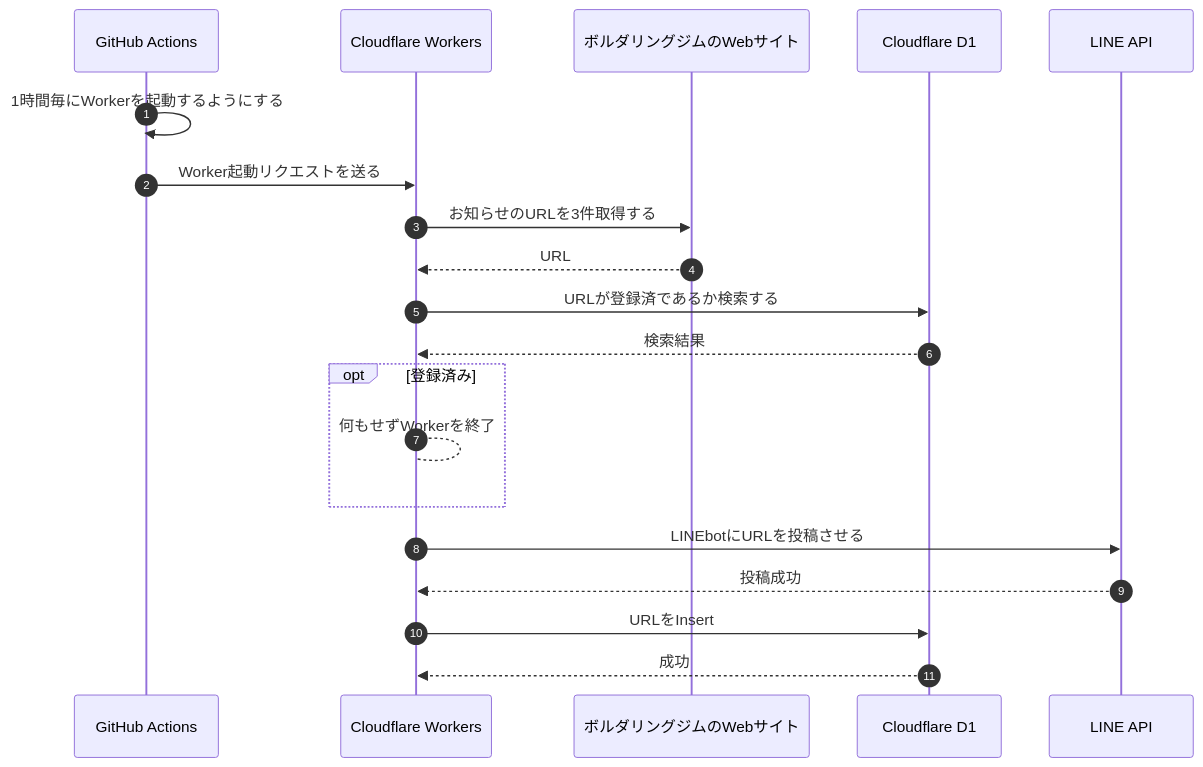
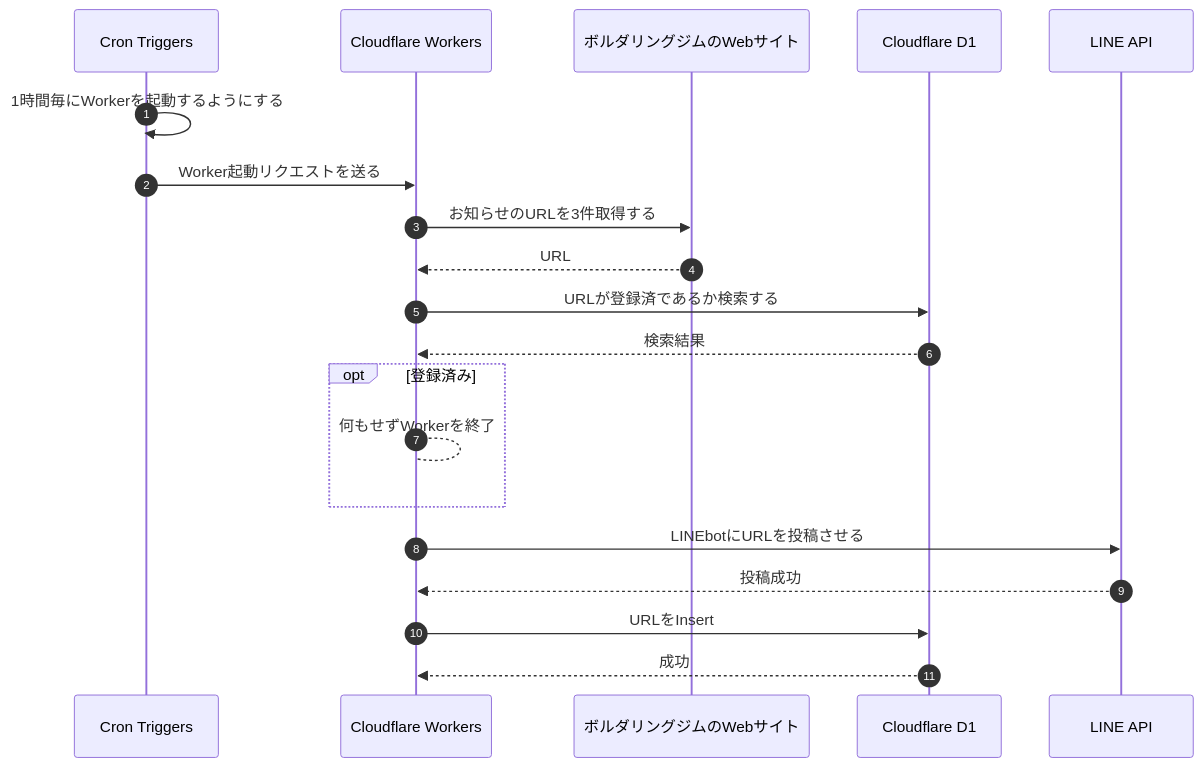
The first of 2 diagrams in README.md (coniva-bouldering/bouldering-gym-notifier), drawn with Mermaid before and after one commit. The commit also changed other lines of this file, not shown here.

Commit message:
#13 インフラ構成とシーケンスをGitHub Actions→Cron Triggersに置き換える

````diff
--- a/README.md
+++ b/README.md
@@ -7,23 +7,23 @@
 ```mermaid
 sequenceDiagram
     autonumber
-    participant action as GitHub Actions
+    participant cron as Cron Triggers
     participant worker as Cloudflare Workers
     participant web as ボルダリングジムのWebサイト
     participant db as Cloudflare D1
     participant line as LINE API
 
-    action->>action: 1時間毎にWorkerを起動するようにする
-    action->>worker: Worker起動リクエストを送る
+    cron->>cron: 1時間毎にWorkerを起動するようにする
+    cron->>worker: Worker起動リクエストを送る
     worker->>web: お知らせのURLを3件取得する
     web-->>worker: URL
     worker->>db: URLが登録済であるか検索する
     db-->>worker: 検索結果
     opt 登録済み
         worker-->worker: 何もせずWorkerを終了
     end
     worker->>line: LINEbotにURLを投稿させる
     line-->>worker: 投稿成功
     worker->>db: URLをInsert
     db-->>worker: 成功
 ```
````
